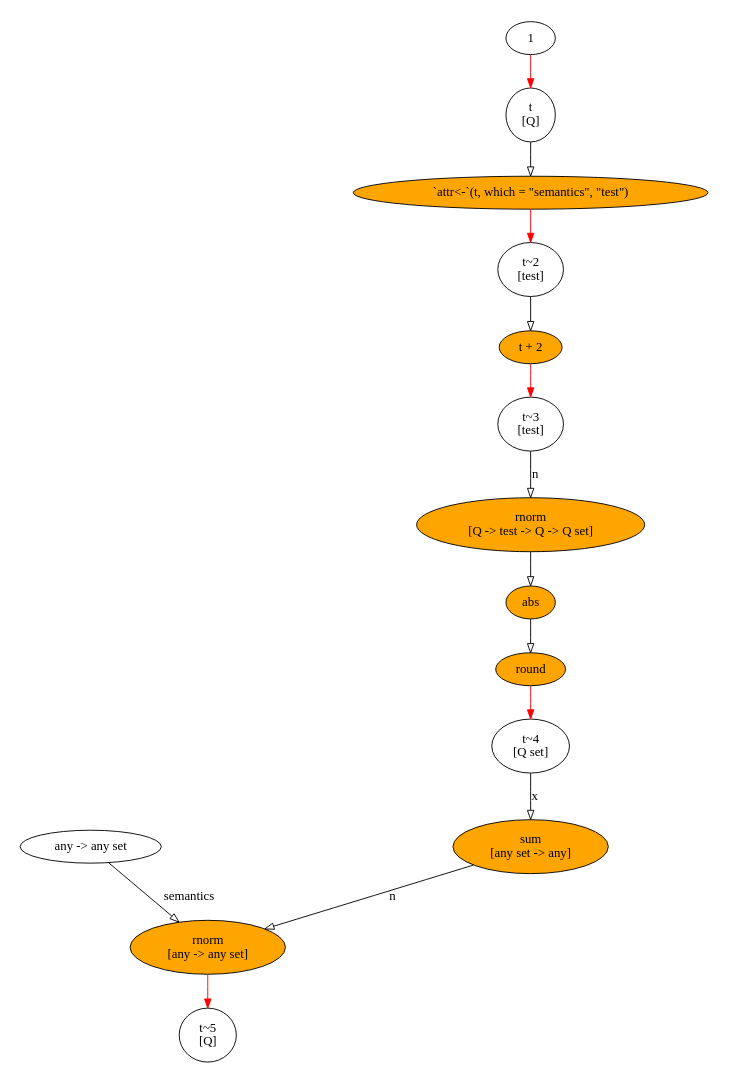
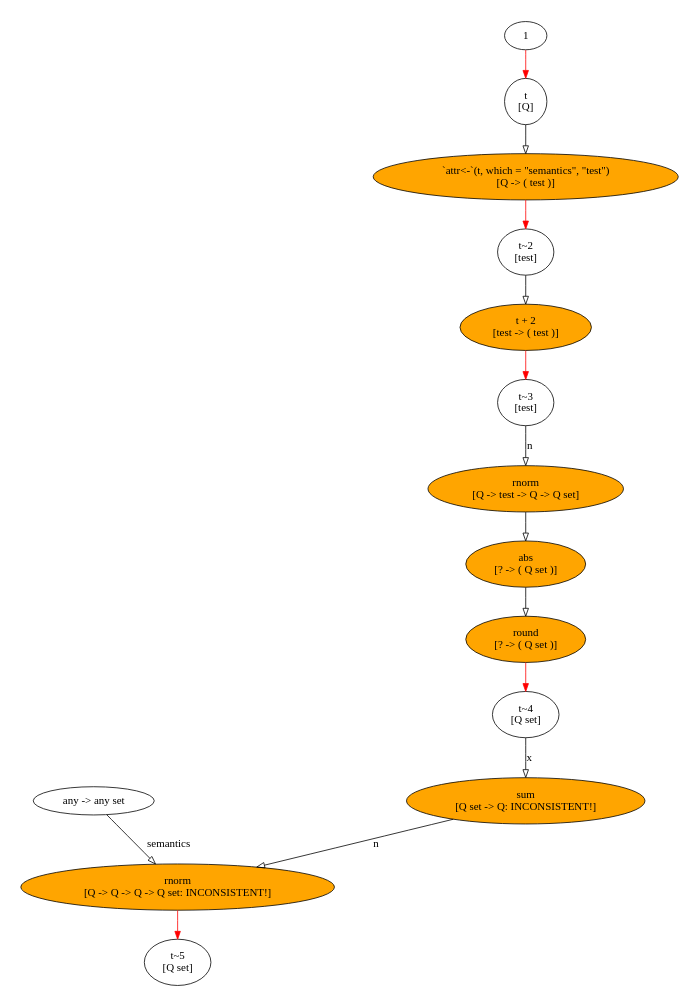
The diagram in output/miniexample.dot (MatthiasHinz/AlgebR), drawn with Graphviz before and after one commit. The commit also changed 13 other files, not shown here.

```diff
--- a/output/miniexample.dot
+++ b/output/miniexample.dot
@@ -1,33 +1,37 @@
 digraph f {
-	graph [bgcolor=transparent, fontcolor=black, ratio=fill, splines=TRUE, rank=same, size="5.83333333333333,5.52083333333333", rankdir=TB];
+	graph [bgcolor=transparent, fontcolor=black, ratio=fill, splines=TRUE, rank=same, size="5.51041666666667,5.14583333333333", rankdir=TB];
 	node [label="\N", shape=ellipse, fixedsize=FALSE, fillcolor=white, style=filled, color=black, fontcolor=black, fontsize=14, height="0.5", width="0.75"];
 	edge [headport=center, style=solid, arrowhead=normal, color=black, dir=none, weight="1.0", fontcolor=black, arrowtail=none, fontsize=14, labelfontsize=11, arrowsize=1, minlen=1];
-	graph [bb="0,0,1231.4,1164"];
-	t [label="t \n[Q]", height="0.8171", pos="719.64,1060"];
-	lt_1ZXul6 [label=1, pos="719.64,1146"];
-	"t~2" [label="t~2 \n[test]", height="0.8171", width="0.87016", pos="719.64,888"];
-	fcall_od5Qph [label="`attr<-`(t, which = \"semantics\", \"test\")", fillcolor=orange, width="4.4012", pos="719.64,974"];
-	"t~3" [label="t~3 \n[test]", height="0.8171", width="0.87016", pos="719.64,716"];
-	fcall_wN44rE [label="t + 2", fillcolor=orange, width="0.7892", pos="719.64,802"];
-	"t~4" [label="t~4 \n[Q set]", height="0.8171", width="1.0628", pos="719.64,356"];
-	fcall_HLfrN1 [label=round, fillcolor=orange, width="0.92452", pos="719.64,442"];
-	fcall_HSYrID [label=abs, fillcolor=orange, pos="719.64,516"];
-	fcall_iPirFU [label="rnorm\n[Q -> test -> Q -> Q set]", fillcolor=orange, height="0.8171", width="3.0006", pos="719.64,602"];
-	"t~5" [label="t~5 \n[Q]", height="0.8171", pos="398.64,30"];
-	fcall_UVbvIw [label="rnorm\n[any -> any set]", fillcolor=orange, height="0.8171", width="2.0388", pos="398.64,128"];
-	fcall_CBXoje [label="sum\n[any set -> any]", fillcolor=orange, height="0.8171", width="2.0388", pos="719.64,242"];
-	lt_bHUhio [label="any -> any set", width="1.8132", pos="210.64,242"];
-	t -> fcall_od5Qph:center [arrowhead=onormal, dir=forward, weight=1, pos="e,719.64,992.14 719.64,1030.6 719.64,1021.4 719.64,1011.3 719.64,1002.2"];
-	lt_1ZXul6 -> t:center [color=red, dir=forward, weight=1, pos="e,719.64,1089.6 719.64,1127.6 719.64,1119.5 719.64,1109.4 719.64,1099.6"];
-	"t~2" -> fcall_wN44rE:center [arrowhead=onormal, dir=forward, weight=1, pos="e,719.64,820.14 719.64,858.56 719.64,849.39 719.64,839.26 719.64,830.18"];
-	fcall_od5Qph -> "t~2":center [color=red, dir=forward, weight=1, pos="e,719.64,917.63 719.64,955.6 719.64,947.46 719.64,937.43 719.64,927.65"];
-	"t~3" -> fcall_iPirFU:center [arrowhead=onormal, dir=forward, weight=1, label=n, pos="e,719.64,631.5 719.64,686.45 719.64,672.89 719.64,656.48 719.64,641.81", lp="723.14,659"];
-	fcall_wN44rE -> "t~3":center [color=red, dir=forward, weight=1, pos="e,719.64,745.63 719.64,783.6 719.64,775.46 719.64,765.43 719.64,755.65"];
-	"t~4" -> fcall_CBXoje:center [arrowhead=onormal, dir=forward, weight=1, label=x, pos="e,719.64,271.5 719.64,326.45 719.64,312.89 719.64,296.48 719.64,281.81", lp="723.14,299"];
-	fcall_HLfrN1 -> "t~4":center [color=red, dir=forward, weight=1, pos="e,719.64,385.63 719.64,423.6 719.64,415.46 719.64,405.43 719.64,395.65"];
-	fcall_HSYrID -> fcall_HLfrN1:center [arrowhead=onormal, dir=forward, weight=1, pos="e,719.64,460.44 719.64,497.94 719.64,489.81 719.64,479.88 719.64,470.7"];
-	fcall_iPirFU -> fcall_HSYrID:center [arrowhead=onormal, dir=forward, weight=1, pos="e,719.64,534.14 719.64,572.56 719.64,563.39 719.64,553.26 719.64,544.18"];
-	fcall_UVbvIw -> "t~5":center [color=red, dir=forward, weight=1, pos="e,398.64,59.599 398.64,98.457 398.64,89.446 398.64,79.334 398.64,69.736"];
-	fcall_CBXoje -> fcall_UVbvIw:center [arrowhead=onormal, dir=forward, weight=1, label=n, pos="e,452.82,147.91 665.19,222 609.1,202.43 521.75,171.95 462.46,151.27", lp="581.14,185"];
-	lt_bHUhio -> fcall_UVbvIw:center [arrowhead=onormal, dir=forward, weight=1, label=semantics, pos="e,358.6,152.85 236.78,225.43 265.89,208.08 313.6,179.66 349.7,158.16", lp="343.24,185"];
+	graph [bb="0,0,1351.9,1260"];
+	t [label="t \n[Q]", height="0.8171", pos="904.3,1156"];
+	lt_pIlIKe [label=1, pos="904.3,1242"];
+	"t~2" [label="t~2 \n[test]", height="0.8171", width="0.87016", pos="904.3,960"];
+	expr_ZSIVFe [label="`attr<-`(t, which = \"semantics\", \"test\")
+[Q -> ( test )]", fillcolor=orange, height="0.8171", width="4.5121", pos="904.3,1058"];
+	"t~3" [label="t~3 \n[test]", height="0.8171", width="0.87016", pos="904.3,764"];
+	expr_S6jrY3 [label="t + 2
+[test -> ( test )]", fillcolor=orange, height="0.8171", width="1.9551", pos="904.3,862"];
+	"t~4" [label="t~4 \n[Q set]", height="0.8171", width="1.0628", pos="904.3,356"];
+	fcall_WwR39Q [label="round
+[? -> ( Q set )]", fillcolor=orange, height="0.8171", width="1.8928", pos="904.3,454"];
+	fcall_nqQ7YP [label="abs
+[? -> ( Q set )]", fillcolor=orange, height="0.8171", width="1.8928", pos="904.3,552"];
+	fcall_bUHECY [label="rnorm\n[Q -> test -> Q -> Q set]", fillcolor=orange, height="0.8171", width="3.0006", pos="904.3,650"];
+	"t~5" [label="t~5 \n[Q set]", height="0.8171", width="1.0628", pos="497.3,30"];
+	fcall_XnMfJr [label="rnorm\n[Q -> Q -> Q -> Q set: INCONSISTENT!]", fillcolor=orange, height="0.8171", width="5.0124", pos="497.3,128"];
+	fcall_8EIwrP [label="sum\n[Q set -> Q: INCONSISTENT!]", fillcolor=orange, height="0.8171", width="3.8465", pos="904.3,242"];
+	lt_MXVhrB [label="any -> any set", width="1.8132", pos="290.3,242"];
+	t -> expr_ZSIVFe:center [arrowhead=onormal, dir=forward, weight=1, pos="e,904.3,1087.6 904.3,1126.5 904.3,1117.4 904.3,1107.3 904.3,1097.7"];
+	lt_pIlIKe -> t:center [color=red, dir=forward, weight=1, pos="e,904.3,1185.6 904.3,1223.6 904.3,1215.5 904.3,1205.4 904.3,1195.6"];
+	"t~2" -> expr_S6jrY3:center [arrowhead=onormal, dir=forward, weight=1, pos="e,904.3,891.6 904.3,930.46 904.3,921.45 904.3,911.33 904.3,901.74"];
+	expr_ZSIVFe -> "t~2":center [color=red, dir=forward, weight=1, pos="e,904.3,989.6 904.3,1028.5 904.3,1019.4 904.3,1009.3 904.3,999.74"];
+	"t~3" -> fcall_bUHECY:center [arrowhead=onormal, dir=forward, weight=1, label=n, pos="e,904.3,679.5 904.3,734.45 904.3,720.89 904.3,704.48 904.3,689.81", lp="907.8,707"];
+	expr_S6jrY3 -> "t~3":center [color=red, dir=forward, weight=1, pos="e,904.3,793.6 904.3,832.46 904.3,823.45 904.3,813.33 904.3,803.74"];
+	"t~4" -> fcall_8EIwrP:center [arrowhead=onormal, dir=forward, weight=1, label=x, pos="e,904.3,271.5 904.3,326.45 904.3,312.89 904.3,296.48 904.3,281.81", lp="907.8,299"];
+	fcall_WwR39Q -> "t~4":center [color=red, dir=forward, weight=1, pos="e,904.3,385.6 904.3,424.46 904.3,415.45 904.3,405.33 904.3,395.74"];
+	fcall_nqQ7YP -> fcall_WwR39Q:center [arrowhead=onormal, dir=forward, weight=1, pos="e,904.3,483.6 904.3,522.46 904.3,513.45 904.3,503.33 904.3,493.74"];
+	fcall_bUHECY -> fcall_nqQ7YP:center [arrowhead=onormal, dir=forward, weight=1, pos="e,904.3,581.6 904.3,620.46 904.3,611.45 904.3,601.33 904.3,591.74"];
+	fcall_XnMfJr -> "t~5":center [color=red, dir=forward, weight=1, pos="e,497.3,59.599 497.3,98.457 497.3,89.446 497.3,79.334 497.3,69.736"];
+	fcall_8EIwrP -> fcall_XnMfJr:center [arrowhead=onormal, dir=forward, weight=1, label=n, pos="e,586.6,153.57 821.93,218.34 756.84,200.42 665.76,175.36 596.63,156.34", lp="727.8,185"];
+	lt_MXVhrB -> fcall_XnMfJr:center [arrowhead=onormal, dir=forward, weight=1, label=semantics, pos="e,446.64,156.41 318.64,225.66 349.09,209.19 398.36,182.53 437.45,161.38", lp="432.9,185"];
 }
```
